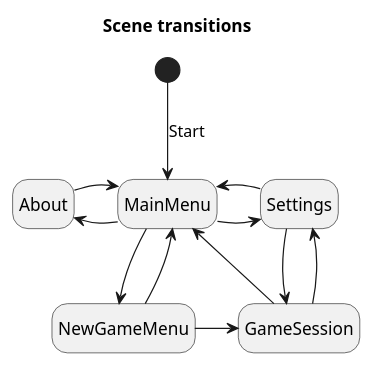
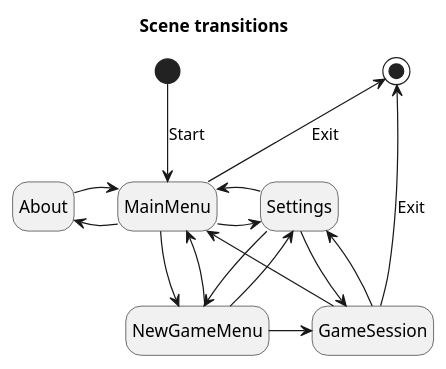
One commit to rojohans/UntitledSurvivalExploration changed the diagram in Assets/Scripts/Graphics/Scenes/SceneTransitions.plantuml. Above: the diagram before and after it, drawn with PlantUML. The commit also changed 28 other files, not shown here.

```diff
--- a/Assets/Scripts/Graphics/Scenes/SceneTransitions.plantuml
+++ b/Assets/Scripts/Graphics/Scenes/SceneTransitions.plantuml
@@ -1,33 +1,37 @@
 @startuml Scene_Transitions
 
 title Scene transitions
 
 state MainMenu
 state NewGameMenu
 state About
 state GameSession
 state Settings
 
 hide empty description
 
 '  -> horizontal
 ' --> vertical
 
 [*] --> MainMenu : Start
 
 MainMenu -l-> About
 About -r-> MainMenu
 
 MainMenu -r-> Settings
 MainMenu --> NewGameMenu
+MainMenu -u-> [*] : Exit
 
 NewGameMenu -> GameSession
 NewGameMenu --> MainMenu
+NewGameMenu --> Settings
 
 GameSession --> Settings
 GameSession -> MainMenu
+GameSession -u-> [*] : Exit
 
 Settings -> MainMenu
 Settings -> GameSession
+Settings -> NewGameMenu
 
 @enduml
```
